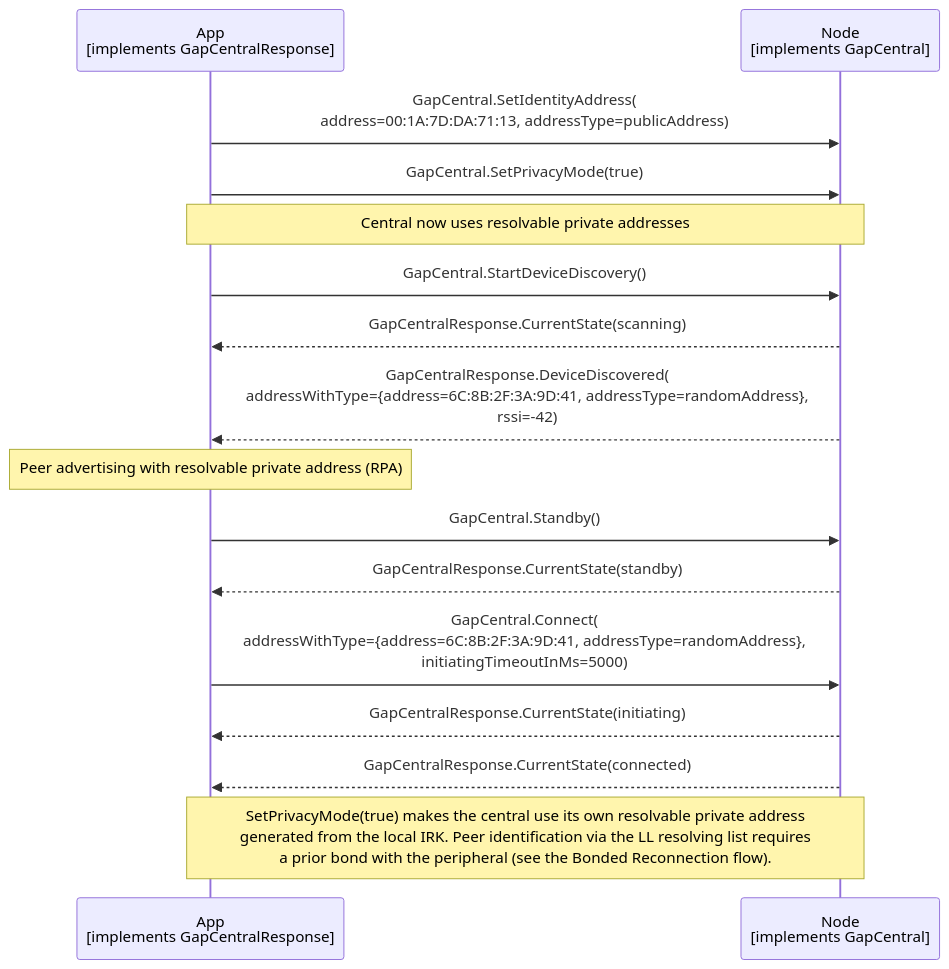
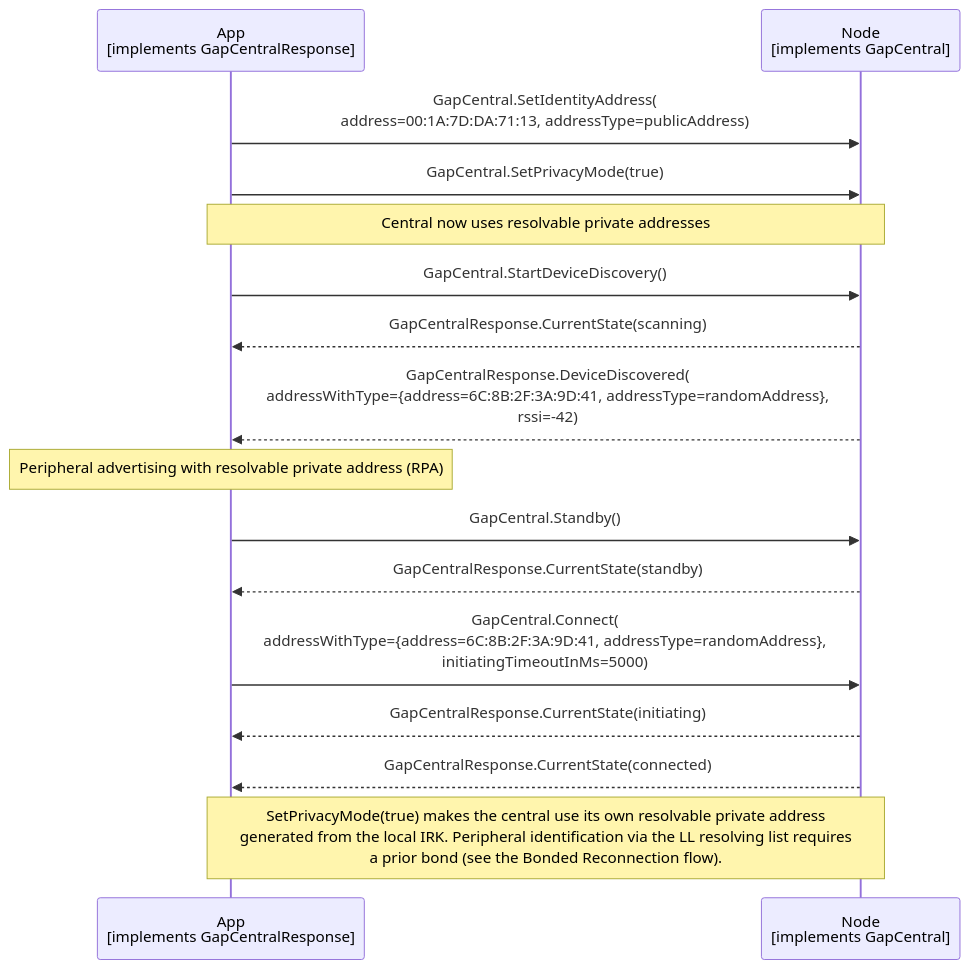
Before and after one commit to philips-software/amp-embedded-infra-lib: the diagram in documents/modules/ROOT/partials/echoservices/gap_central/GapCentral_EnablePrivacy_sequence.mmd, drawn with Mermaid. The commit also changed 10 other files, not shown here.

Commit message:
peer -> peripheral naming

```diff
--- a/documents/modules/ROOT/partials/echoservices/gap_central/GapCentral_EnablePrivacy_sequence.mmd
+++ b/documents/modules/ROOT/partials/echoservices/gap_central/GapCentral_EnablePrivacy_sequence.mmd
@@ -1,23 +1,23 @@
 sequenceDiagram
     participant App as App<br>[implements GapCentralResponse]
     participant Node as Node<br>[implements GapCentral]
 
     App->>Node: GapCentral.SetIdentityAddress(<br>address=00:1A:7D:DA:71:13, addressType=publicAddress)
     App->>Node: GapCentral.SetPrivacyMode(true)
 
     Note over App, Node: Central now uses resolvable private addresses
 
     App->>Node: GapCentral.StartDeviceDiscovery()
     Node-->>App: GapCentralResponse.CurrentState(scanning)
     Node-->>App: GapCentralResponse.DeviceDiscovered(<br>addressWithType={address=6C:8B:2F:3A:9D:41, addressType=randomAddress},<br>rssi=-42)
 
-    Note over App: Peer advertising with resolvable private address (RPA)
+    Note over App: Peripheral advertising with resolvable private address (RPA)
 
     App->>Node: GapCentral.Standby()
     Node-->>App: GapCentralResponse.CurrentState(standby)
 
     App->>Node: GapCentral.Connect(<br>addressWithType={address=6C:8B:2F:3A:9D:41, addressType=randomAddress},<br>initiatingTimeoutInMs=5000)
     Node-->>App: GapCentralResponse.CurrentState(initiating)
     Node-->>App: GapCentralResponse.CurrentState(connected)
 
-    Note over App, Node: SetPrivacyMode(true) makes the central use its own resolvable private address<br>generated from the local IRK. Peer identification via the LL resolving list requires<br>a prior bond with the peripheral (see the Bonded Reconnection flow).
+    Note over App, Node: SetPrivacyMode(true) makes the central use its own resolvable private address<br>generated from the local IRK. Peripheral identification via the LL resolving list requires<br>a prior bond (see the Bonded Reconnection flow).
```
